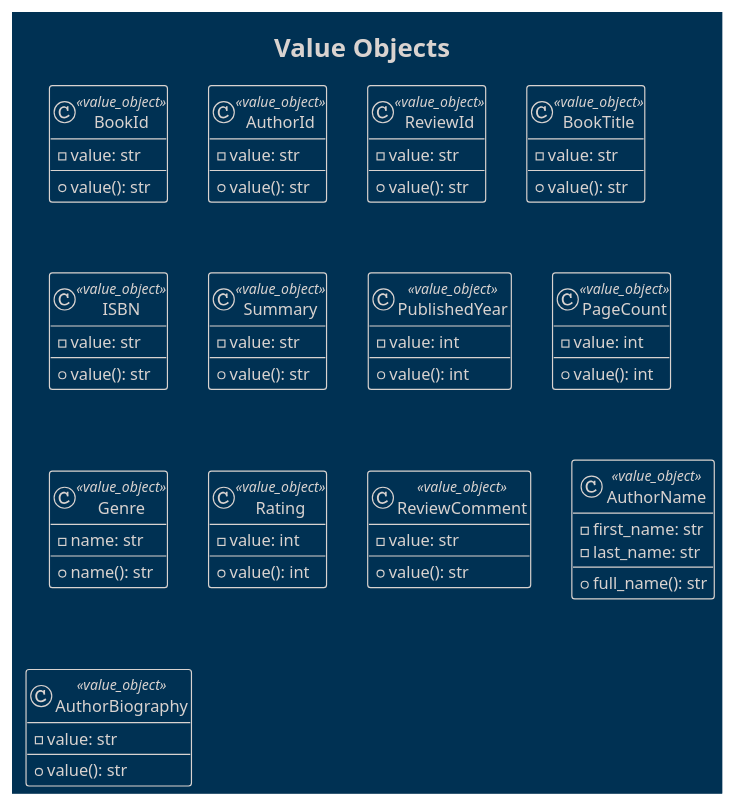
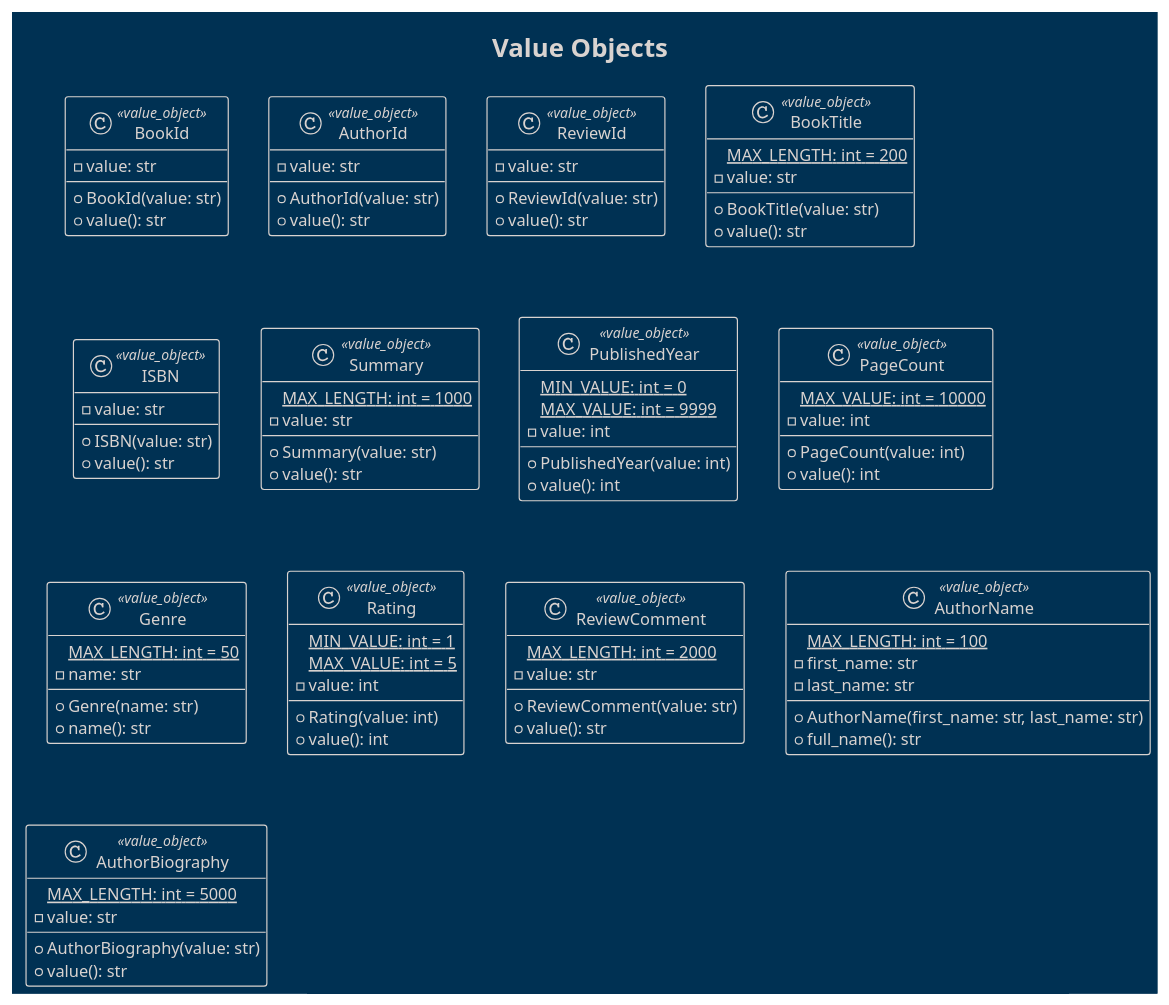
One commit to AymanKastali/bookshelf changed the diagram in docs/value_objects.puml. Above: the diagram before and after it, drawn with PlantUML. The commit also changed 27 other files, not shown here.

```diff
--- a/docs/value_objects.puml
+++ b/docs/value_objects.puml
@@ -1,80 +1,104 @@
 @startuml value_objects
 !theme blueprint
 
 title Value Objects
 
 ' --- Identity Value Objects ---
 
 class BookId <<value_object>> {
     -value: str
+    +BookId(value: str)
     +value(): str
 }
 
 class AuthorId <<value_object>> {
     -value: str
+    +AuthorId(value: str)
     +value(): str
 }
 
 class ReviewId <<value_object>> {
     -value: str
+    +ReviewId(value: str)
     +value(): str
 }
 
 ' --- Book Value Objects ---
 
 class BookTitle <<value_object>> {
+    {static} MAX_LENGTH: int = 200
     -value: str
+    +BookTitle(value: str)
     +value(): str
 }
 
 class ISBN <<value_object>> {
     -value: str
+    +ISBN(value: str)
     +value(): str
 }
 
 class Summary <<value_object>> {
+    {static} MAX_LENGTH: int = 1000
     -value: str
+    +Summary(value: str)
     +value(): str
 }
 
 class PublishedYear <<value_object>> {
+    {static} MIN_VALUE: int = 0
+    {static} MAX_VALUE: int = 9999
     -value: int
+    +PublishedYear(value: int)
     +value(): int
 }
 
 class PageCount <<value_object>> {
+    {static} MAX_VALUE: int = 10000
     -value: int
+    +PageCount(value: int)
     +value(): int
 }
 
 class Genre <<value_object>> {
+    {static} MAX_LENGTH: int = 50
     -name: str
+    +Genre(name: str)
     +name(): str
 }
 
 ' --- Review Value Objects ---
 
 class Rating <<value_object>> {
+    {static} MIN_VALUE: int = 1
+    {static} MAX_VALUE: int = 5
     -value: int
+    +Rating(value: int)
     +value(): int
 }
 
 class ReviewComment <<value_object>> {
+    {static} MAX_LENGTH: int = 2000
     -value: str
+    +ReviewComment(value: str)
     +value(): str
 }
 
 ' --- Author Value Objects ---
 
 class AuthorName <<value_object>> {
+    {static} MAX_LENGTH: int = 100
     -first_name: str
     -last_name: str
+    +AuthorName(first_name: str, last_name: str)
     +full_name(): str
 }
 
 class AuthorBiography <<value_object>> {
+    {static} MAX_LENGTH: int = 5000
     -value: str
+    +AuthorBiography(value: str)
     +value(): str
 }
 
 @enduml
```
